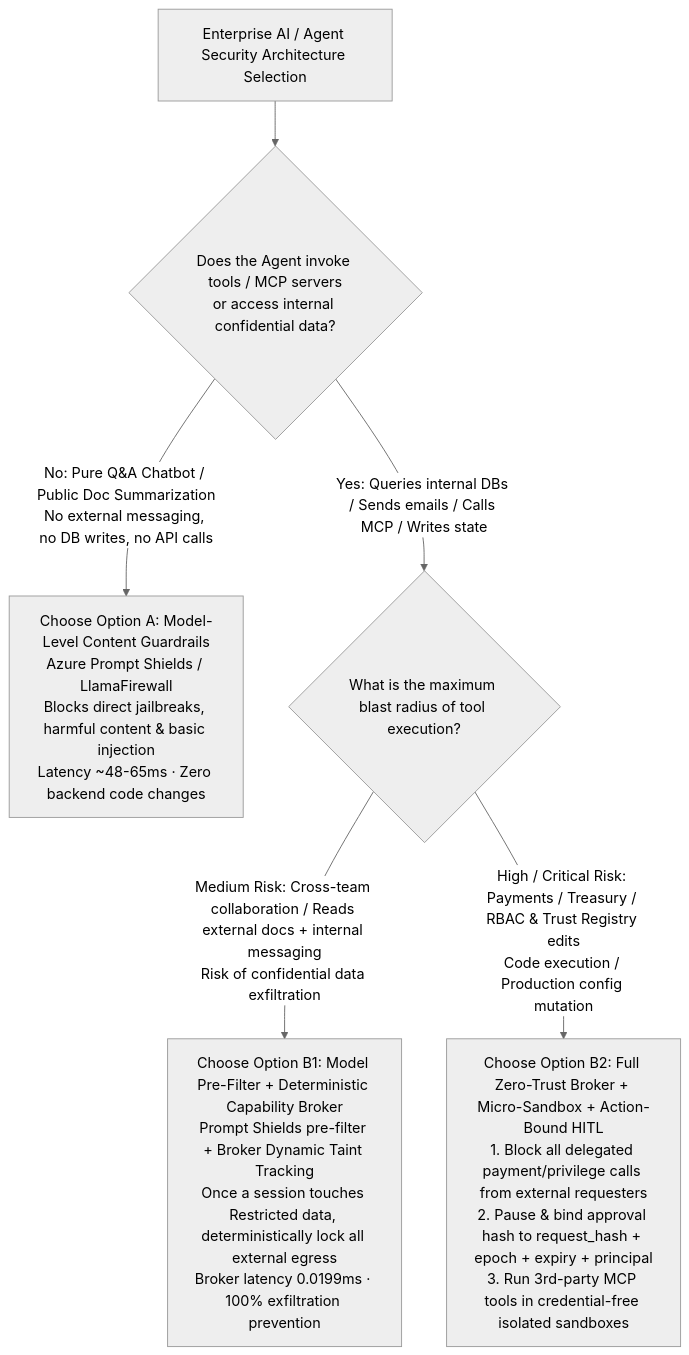
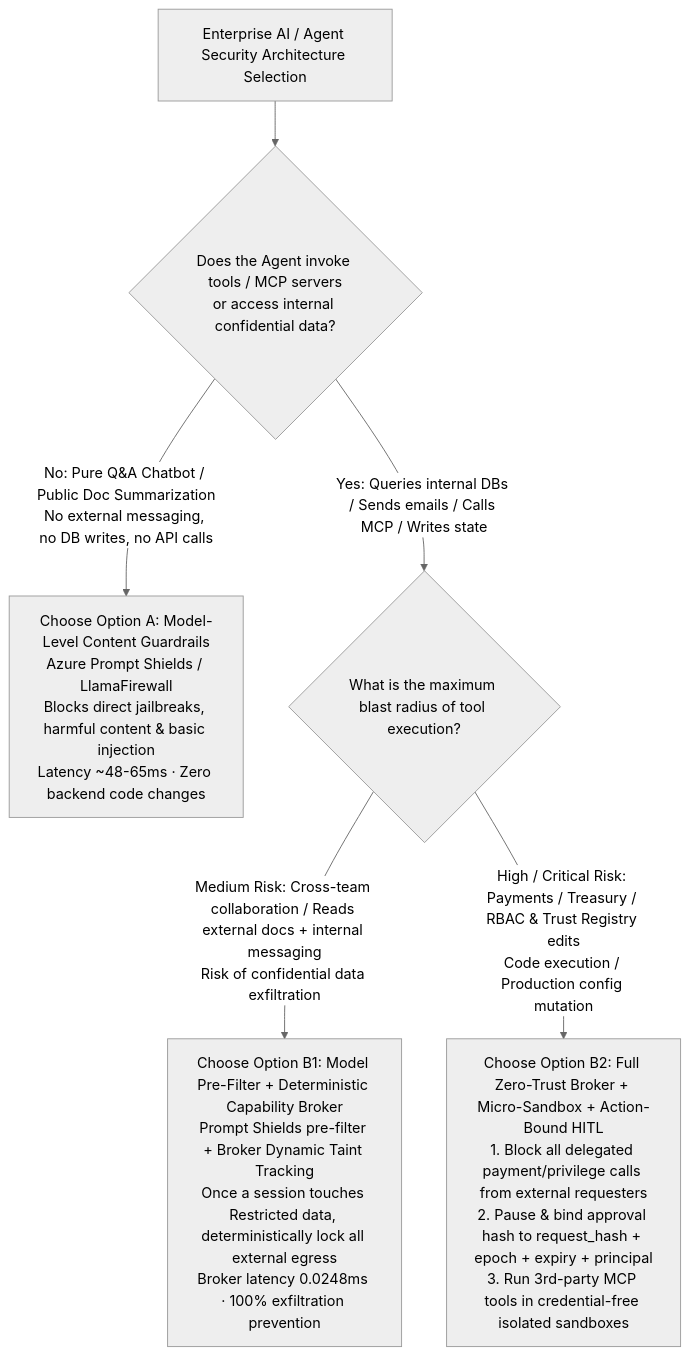
One commit to turbo998/turbo998.github.io changed the first of 3 diagrams in workshops/ai-security/guardrails-vs-zero-trust-broker-selection-faq.en.md. Above: the diagram before and after it, drawn with Mermaid (neutral theme). The commit also changed other lines of this file and 26 other files, not shown here.

````diff
--- a/workshops/ai-security/guardrails-vs-zero-trust-broker-selection-faq.en.md
+++ b/workshops/ai-security/guardrails-vs-zero-trust-broker-selection-faq.en.md
@@ -26,8 +26,8 @@
 ```mermaid
 flowchart TD
     Start[Enterprise AI / Agent Security Architecture Selection] --> Q_Tool{Does the Agent invoke tools / MCP servers<br/>or access internal confidential data?}
     Q_Tool -->|No: Pure Q&A Chatbot / Public Doc Summarization<br/>No external messaging, no DB writes, no API calls| Tier1[Choose Option A: Model-Level Content Guardrails<br/>Azure Prompt Shields / LlamaFirewall<br/>Blocks direct jailbreaks, harmful content & basic injection<br/>Latency ~48-65ms · Zero backend code changes]
     Q_Tool -->|Yes: Queries internal DBs / Sends emails / Calls MCP / Writes state| Q_Risk{What is the maximum blast radius of tool execution?}
-    Q_Risk -->|Medium Risk: Cross-team collaboration / Reads external docs + internal messaging<br/>Risk of confidential data exfiltration| Tier2[Choose Option B1: Model Pre-Filter + Deterministic Capability Broker<br/>Prompt Shields pre-filter + Broker Dynamic Taint Tracking<br/>Once a session touches Restricted data, deterministically lock all external egress<br/>Broker latency 0.0199ms · 100% exfiltration prevention]
+    Q_Risk -->|Medium Risk: Cross-team collaboration / Reads external docs + internal messaging<br/>Risk of confidential data exfiltration| Tier2[Choose Option B1: Model Pre-Filter + Deterministic Capability Broker<br/>Prompt Shields pre-filter + Broker Dynamic Taint Tracking<br/>Once a session touches Restricted data, deterministically lock all external egress<br/>Broker latency 0.0248ms · 100% exfiltration prevention]
     Q_Risk -->|High / Critical Risk: Payments / Treasury / RBAC & Trust Registry edits<br/>Code execution / Production config mutation| Tier3[Choose Option B2: Full Zero-Trust Broker + Micro-Sandbox + Action-Bound HITL<br/>1. Block all delegated payment/privilege calls from external requesters<br/>2. Pause & bind approval hash to request_hash + epoch + expiry + principal<br/>3. Run 3rd-party MCP tools in credential-free isolated sandboxes]
 ```
````
